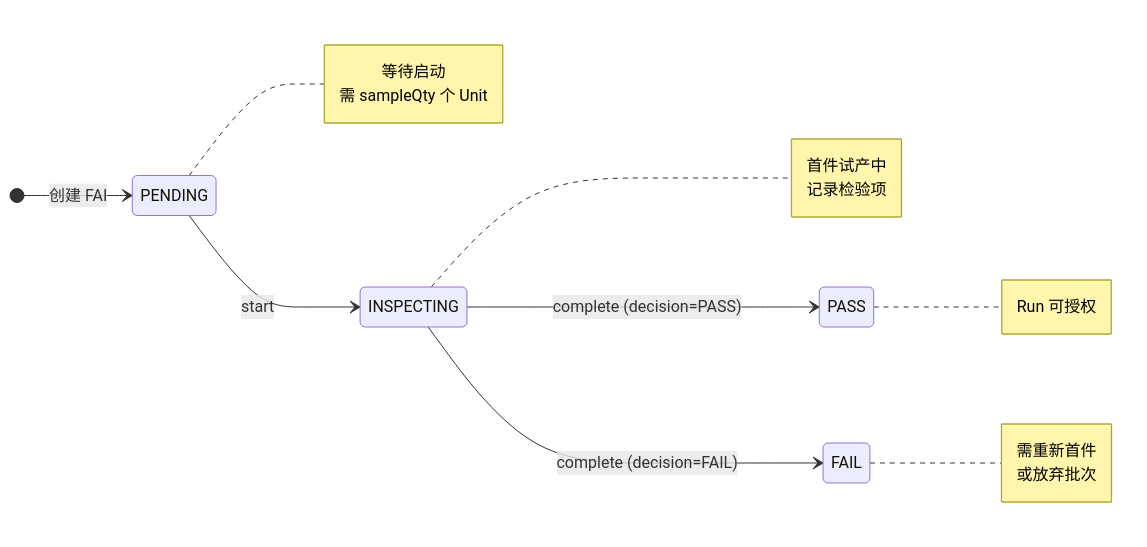
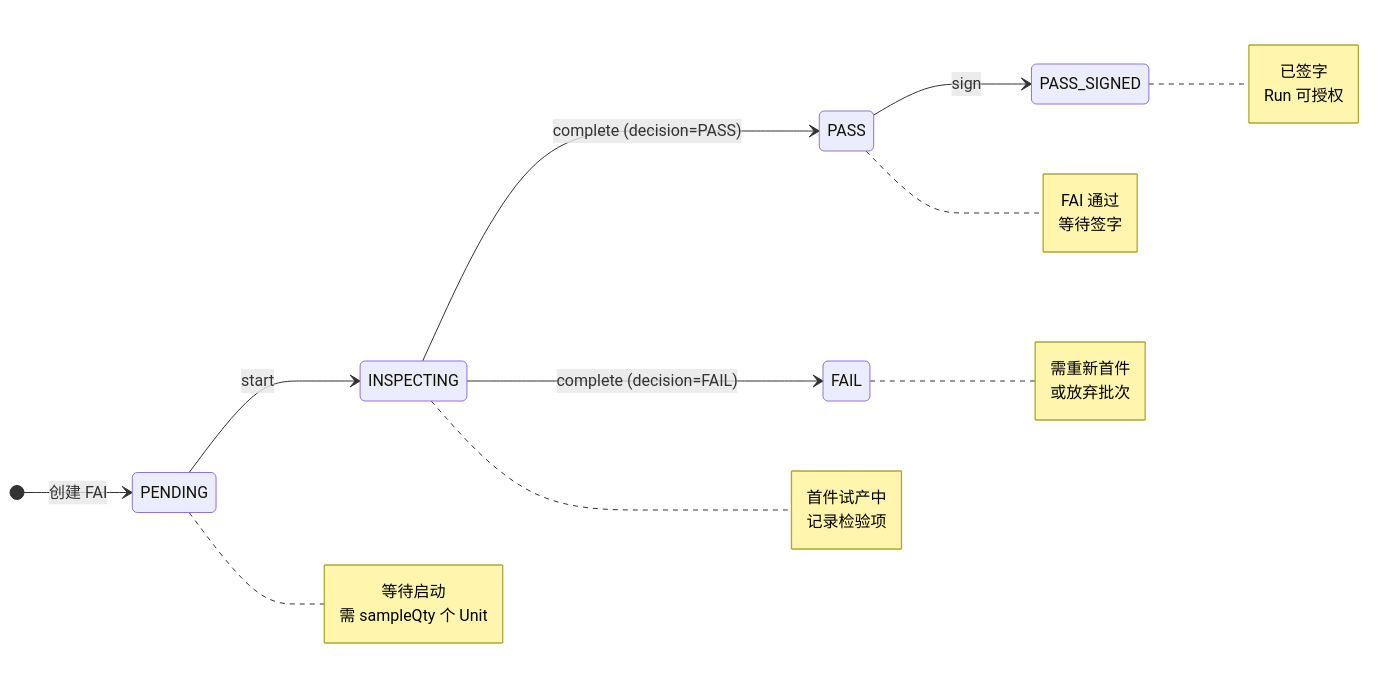
One commit to catoncat/better changed the diagram in domain_docs/mes/smt_playbook/03_run_flow/04_fai_flow.md. Above: the diagram before and after it, drawn with Mermaid. The commit also changed other lines of this file and 11 other files, not shown here.

````diff
--- a/domain_docs/mes/smt_playbook/03_run_flow/04_fai_flow.md
+++ b/domain_docs/mes/smt_playbook/03_run_flow/04_fai_flow.md
@@ -16,28 +16,35 @@
 ```mermaid
 stateDiagram-v2
     direction LR
 
     [*] --> PENDING: 创建 FAI
     PENDING --> INSPECTING: start
     INSPECTING --> PASS: complete (decision=PASS)
     INSPECTING --> FAIL: complete (decision=FAIL)
+    PASS --> PASS_SIGNED: sign
 
     note right of PENDING
         等待启动
         需 sampleQty 个 Unit
     end note
 
     note right of INSPECTING
         首件试产中
         记录检验项
     end note
 
     note right of PASS
+        FAI 通过
+        等待签字
+    end note
+
+    note right of PASS_SIGNED
+        已签字
         Run 可授权
     end note
 
     note right of FAIL
         需重新首件
         或放弃批次
     end note
 ```
````
